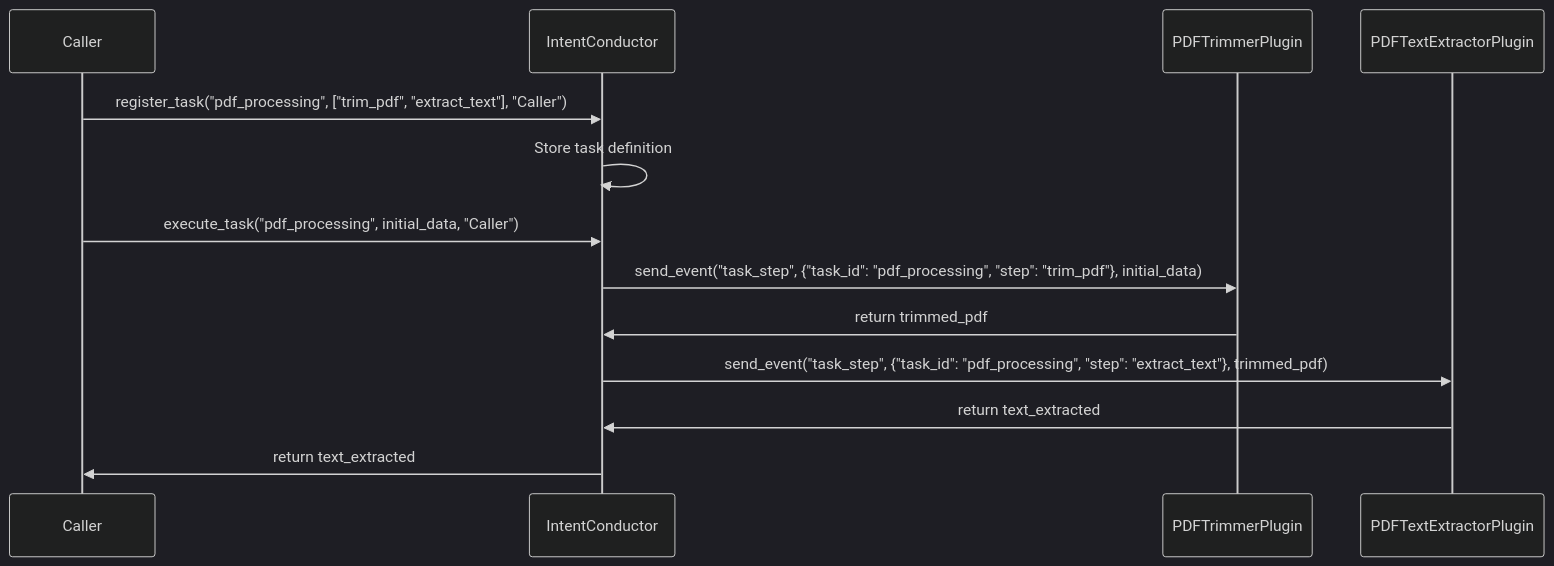
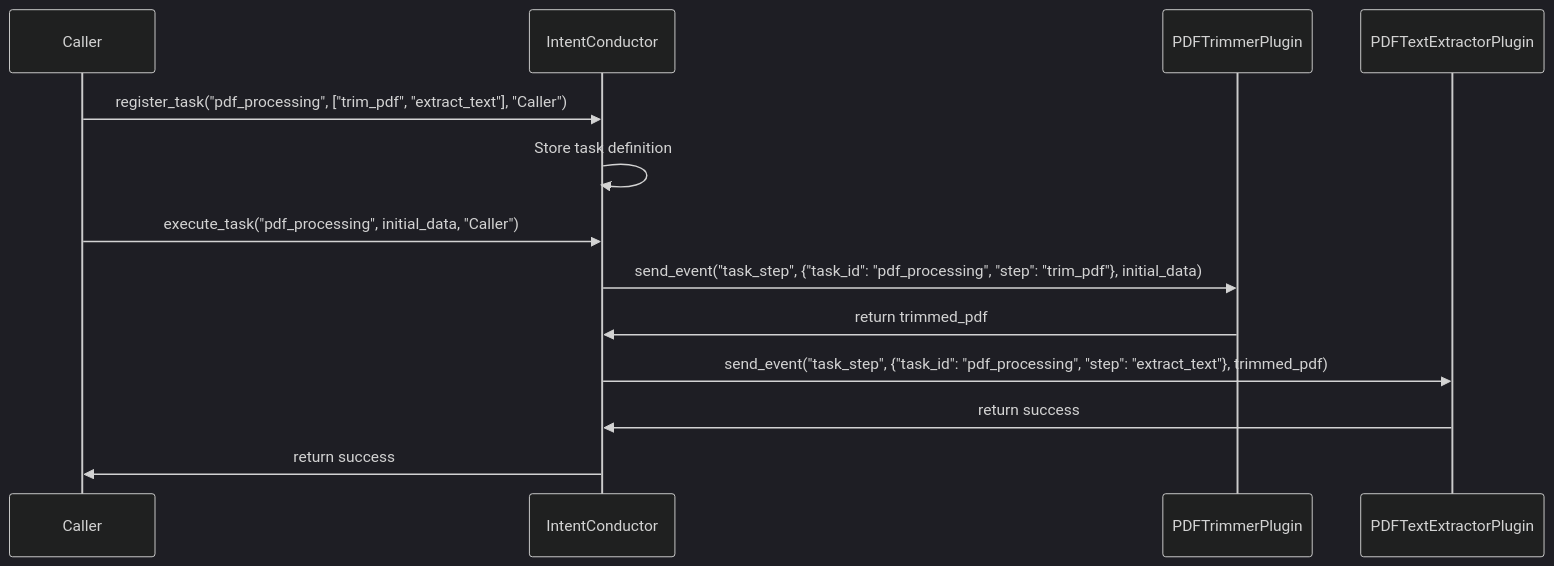
One commit to hamatz/chatgpt_minimal_starter_kit changed the second of 2 diagrams in doc/developer_manual.md. Above: the diagram before and after it, drawn with Mermaid (dark theme). The commit also changed other lines of this file, not shown here.

````diff
--- a/doc/developer_manual.md
+++ b/doc/developer_manual.md
@@ -374,16 +374,16 @@
 ```mermaid
 sequenceDiagram
     participant Caller
     participant IntentConductor
     participant PDFTrimmerPlugin
     participant PDFTextExtractorPlugin
 
     Caller->>IntentConductor: register_task("pdf_processing", ["trim_pdf", "extract_text"], "Caller")
     IntentConductor->>IntentConductor: Store task definition
     Caller->>IntentConductor: execute_task("pdf_processing", initial_data, "Caller")
     IntentConductor->>PDFTrimmerPlugin: send_event("task_step", {"task_id": "pdf_processing", "step": "trim_pdf"}, initial_data)
     PDFTrimmerPlugin->>IntentConductor: return trimmed_pdf
     IntentConductor->>PDFTextExtractorPlugin: send_event("task_step", {"task_id": "pdf_processing", "step": "extract_text"}, trimmed_pdf)
-    PDFTextExtractorPlugin->>IntentConductor: return text_extracted
-    IntentConductor->>Caller: return text_extracted
+    PDFTextExtractorPlugin->>IntentConductor: return success
+    IntentConductor->>Caller: return success
 ```
````
